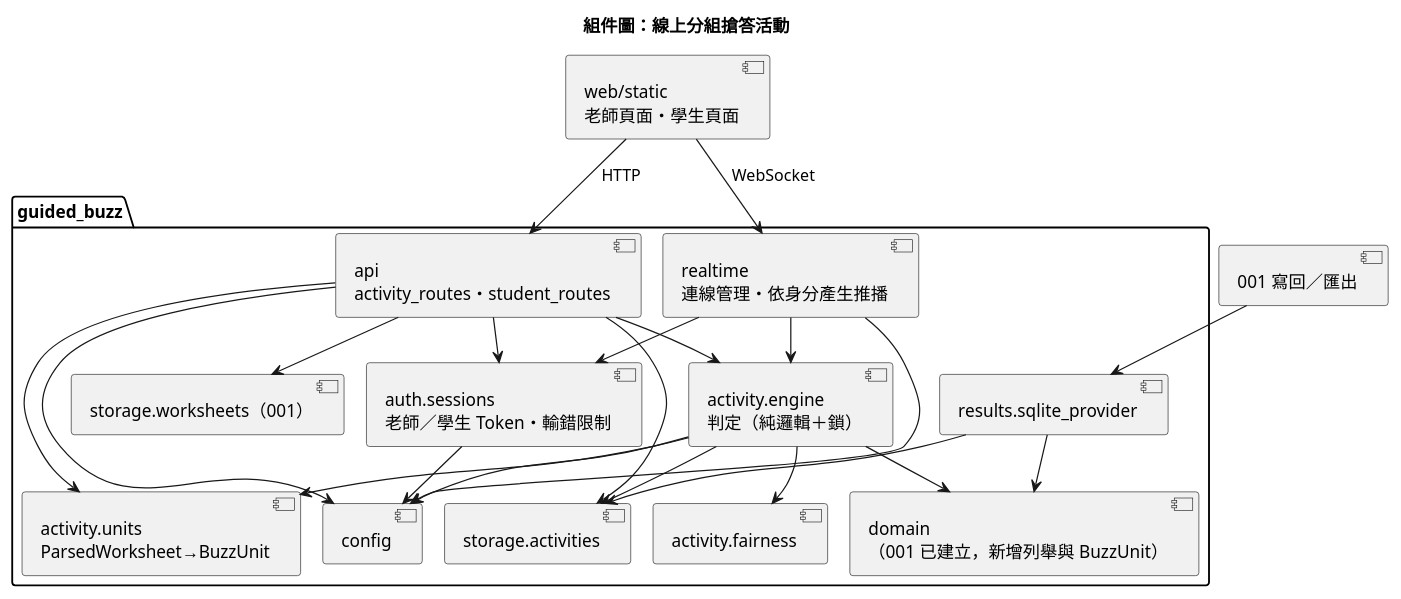
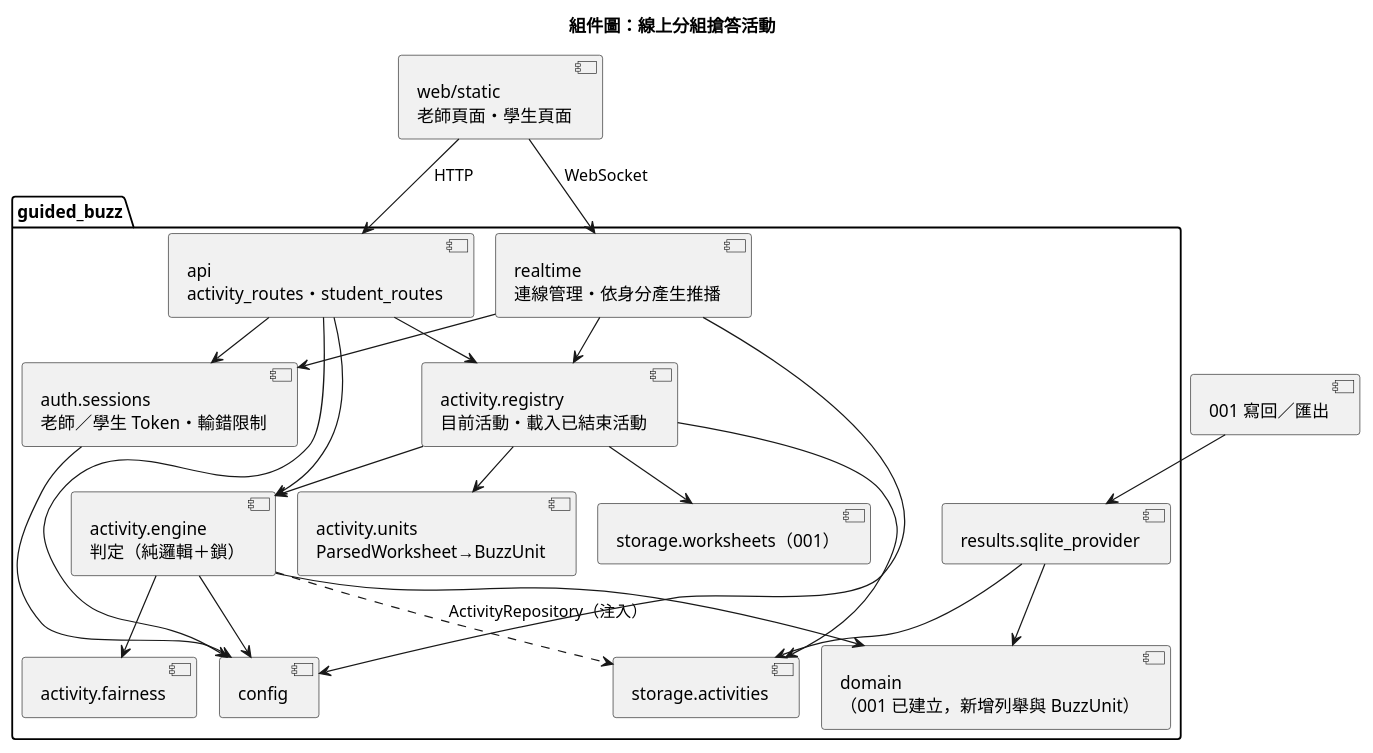
The diagram in diagrams/002-online-buzz-activity/09-component.puml (silverwind63/SEFinal), drawn with PlantUML before and after one commit. The commit also changed 52 other files, not shown here.

```diff
--- a/diagrams/002-online-buzz-activity/09-component.puml
+++ b/diagrams/002-online-buzz-activity/09-component.puml
@@ -1,39 +1,41 @@
 @startuml
 !pragma layout smetana
 title 組件圖：線上分組搶答活動
 component "web/static\n老師頁面・學生頁面" as web
 package "guided_buzz" {
   component "api\nactivity_routes・student_routes" as api
   component "realtime\n連線管理・依身分產生推播" as realtime
+  component "activity.registry\n目前活動・載入已結束活動" as registry
   component "activity.engine\n判定（純邏輯＋鎖）" as engine
   component "activity.fairness" as fairness
   component "activity.units\nParsedWorksheet→BuzzUnit" as units
   component "auth.sessions\n老師／學生 Token・輸錯限制" as sessions
   component "storage.activities" as astore
   component "results.sqlite_provider" as provider
   component "domain\n（001 已建立，新增列舉與 BuzzUnit）" as domain
   component "storage.worksheets（001）" as wstore
   component "config" as config
 }
 component "001 寫回／匯出" as f001
 web --> api : HTTP
 web --> realtime : WebSocket
+api --> registry
 api --> engine
 api --> sessions
-api --> astore
-api --> wstore
-api --> units
+registry --> engine
+registry --> units
+registry --> astore
+registry --> wstore
 realtime --> sessions
-realtime --> engine
+realtime --> registry
 engine --> fairness
-engine --> units
-engine --> astore
+engine ..> astore : ActivityRepository（注入）
 engine --> domain
 provider --> astore
 provider --> domain
 api --> config
 engine --> config
 sessions --> config
 realtime --> config
 f001 --> provider
 @enduml
```
